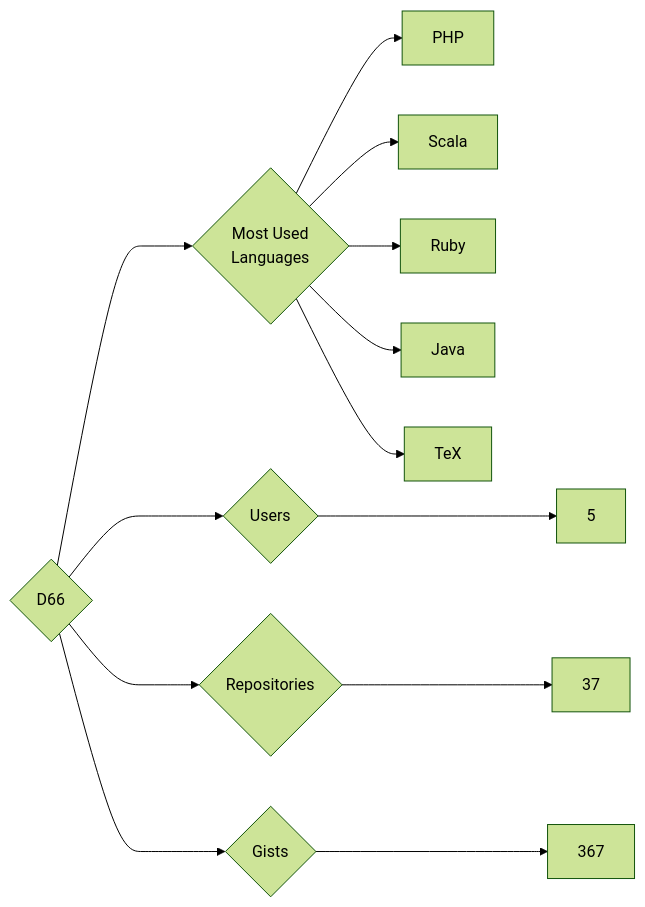
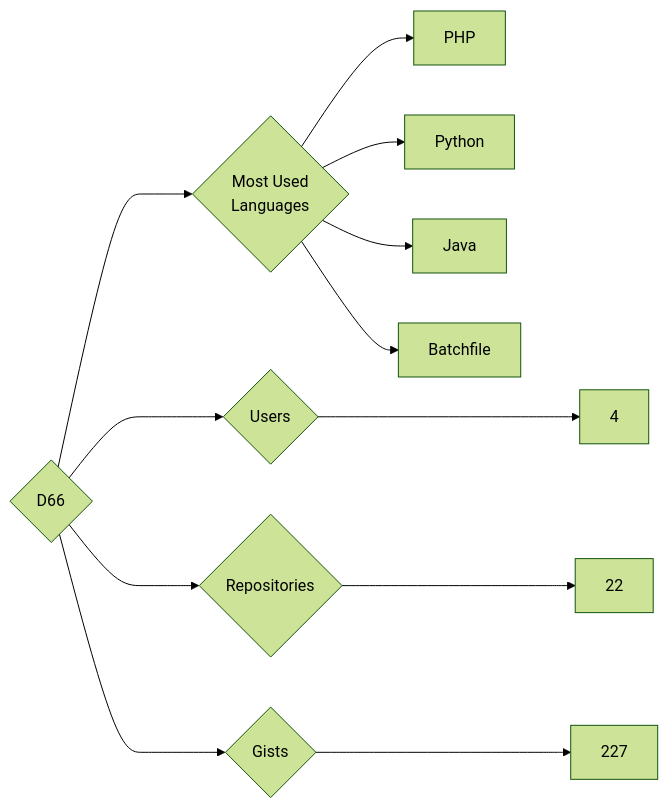
One commit to trickest/insiders changed the diagram in targets/D66/README.md. Above: the diagram before and after it, drawn with Mermaid (forest theme). The commit also changed 932 other files, not shown here.

````diff
--- a/targets/D66/README.md
+++ b/targets/D66/README.md
@@ -3,13 +3,12 @@
 ```mermaid
 graph LR
 COMPANY_NAME{D66}
-COMPANY_NAME ---> U{Users} ---> UN[5]
-COMPANY_NAME ---> R{Repositories} ---> RN[37]
-COMPANY_NAME ---> G{Gists} ---> GN[367]
+COMPANY_NAME ---> U{Users} ---> UN[4]
+COMPANY_NAME ---> R{Repositories} ---> RN[22]
+COMPANY_NAME ---> G{Gists} ---> GN[227]
 COMPANY_NAME ---> ML{Most Used<br>Languages}
 ML --> PHP[PHP]
-ML --> Scala[Scala]
-ML --> Ruby[Ruby]
+ML --> Python[Python]
 ML --> Java[Java]
-ML --> TeX[TeX]
+ML --> Batchfile[Batchfile]
 ```
````
